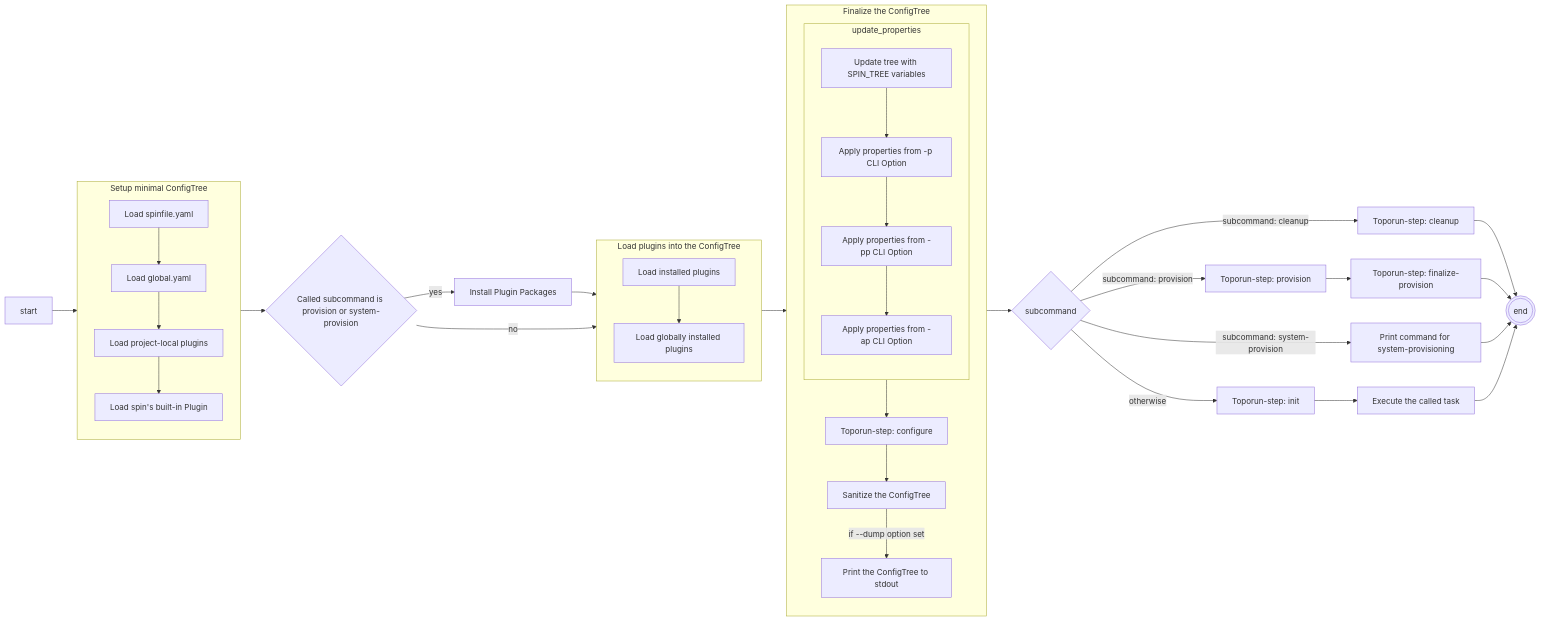
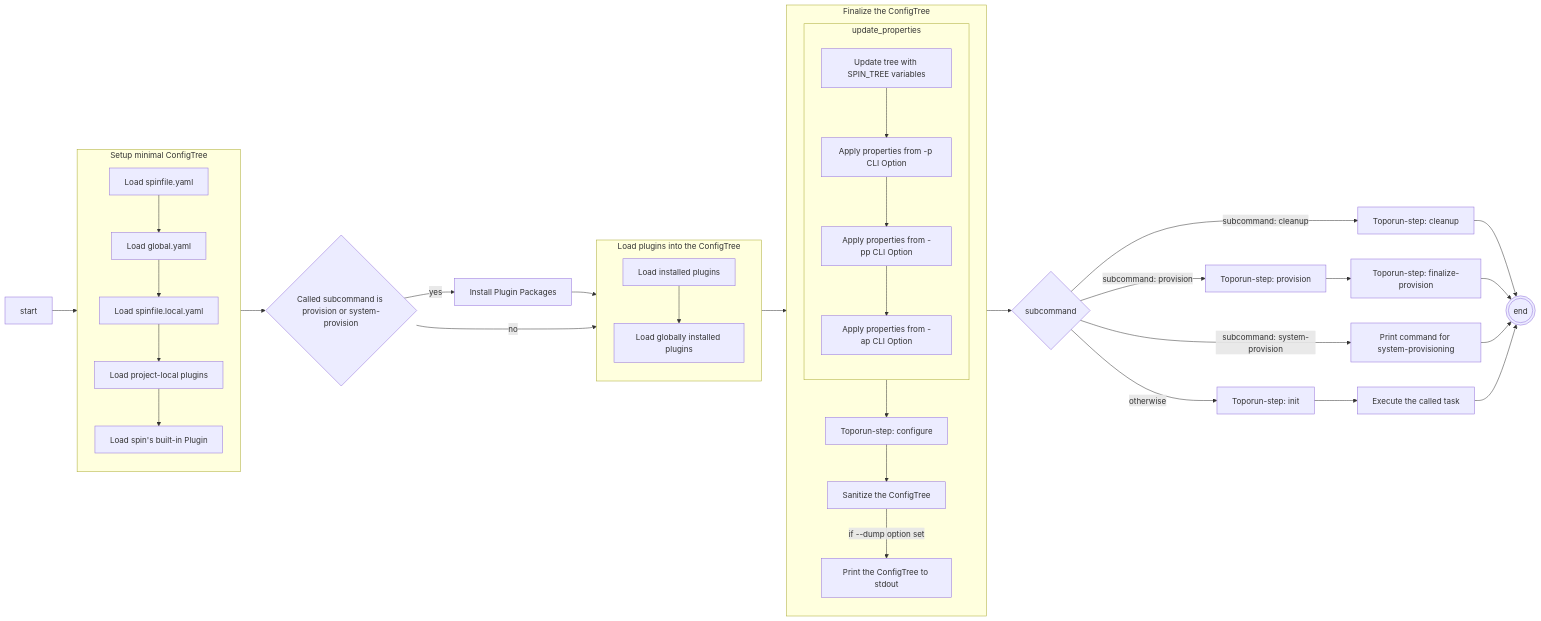
One commit to cslab/csspin changed the diagram in tdocs/architecture.md. Above: the diagram before and after it, drawn with Mermaid. The commit also changed 9 other files, not shown here.

Commit message:
Support spinfile.local.yaml

````diff
--- a/tdocs/architecture.md
+++ b/tdocs/architecture.md
@@ -6,33 +6,33 @@
 ```mermaid
 graph LR
 start --> load_minimal_tree--> choice1{Called subcommand is provision or system-provision}
 end_(((end)))
 
 choice1 --> |yes| install_plugin_packages[Install Plugin Packages] --> load_plugins_into_tree
 choice1 --> |no| load_plugins_into_tree
 
 load_plugins_into_tree --> finalize_cfg_tree
 
 finalize_cfg_tree --> choice2{subcommand}
 
 choice2 --> |subcommand: cleanup| toporun_cleanup[Toporun-step: cleanup] --> end_
 choice2 --> |subcommand: provision| toporun_provision[Toporun-step: provision] --> toporun_finalize_provision[Toporun-step: finalize-provision] --> end_
 choice2 --> |subcommand: system-provision| print_system_provision_cmdline[Print command for system-provisioning] --> end_
 choice2 --> |otherwise| toporun_init[Toporun-step: init] --> run_task[Execute the called task] --> end_
 
     subgraph load_minimal_tree[Setup minimal ConfigTree]
-        load_spinfile[Load spinfile.yaml] --> load_global_yaml[Load global.yaml] --> load_local_plugins[Load project-local plugins] --> load_builtin_plugin[Load spin's built-in Plugin]
+        load_spinfile[Load spinfile.yaml] --> load_global_yaml[Load global.yaml] --> load_local_yaml[Load spinfile.local.yaml] --> load_local_plugins[Load project-local plugins] --> load_builtin_plugin[Load spin's built-in Plugin]
     end
 
     subgraph load_plugins_into_tree[Load plugins into the ConfigTree]
         load_plugin_packages[Load installed plugins] --> load_global_plugins[Load globally installed plugins]
     end
 
     subgraph finalize_cfg_tree[Finalize the ConfigTree]
         subgraph update_properties
         direction TB
             update_config_from_environment[Update tree with SPIN_TREE variables ] --> apply_properties[Apply properties from -p CLI Option] --> apply_prepend_properties[Apply properties from -pp CLI Option] --> apply_append_properties[Apply properties from -ap CLI Option]
         end
         update_properties --> toporun_configure[Toporun-step: configure] --> tree_sanitize[Sanitize the ConfigTree] --> | if --dump option set|dump[Print the ConfigTree to stdout]
     end
 ```
````
